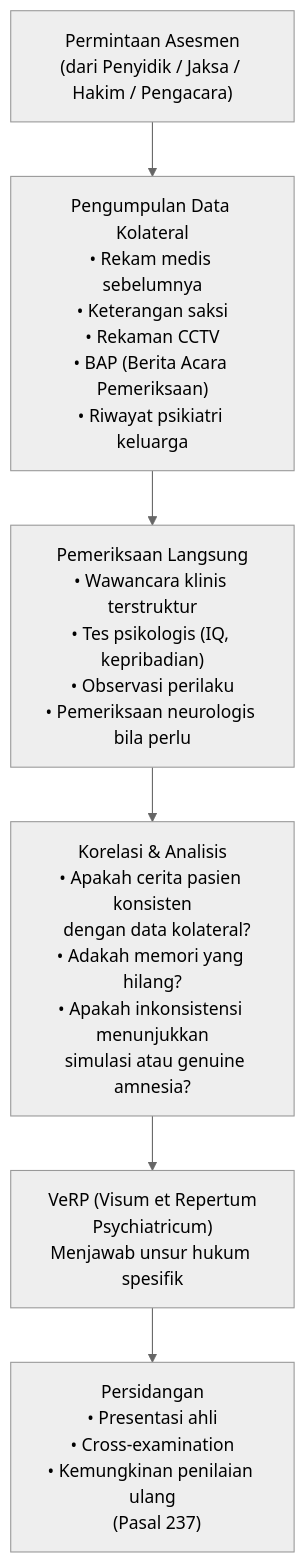
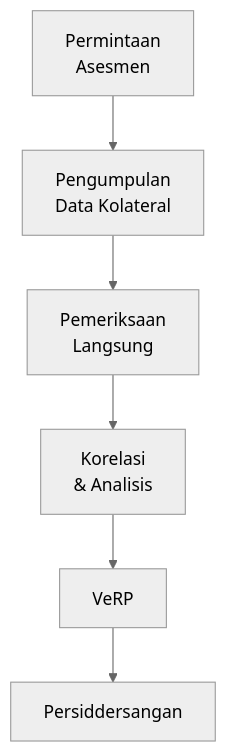
The fourth of 5 diagrams in content/Lectures/psikiatri-forensik.md (hifdzimaulana/beate-vivere), drawn with Mermaid (neutral theme) before and after one commit. The commit also changed other lines of this file and 1 other file, not shown here.

Commit message:
Fix dark mode callouts and mermaid diagrams

````diff
--- a/content/Lectures/psikiatri-forensik.md
+++ b/content/Lectures/psikiatri-forensik.md
@@ -236,9 +224,9 @@
 ```mermaid
 flowchart TD
-    REQ["Permintaan Asesmen\n(dari Penyidik / Jaksa / Hakim / Pengacara)"]
-    REQ --> COLLECT["Pengumpulan Data Kolateral\n• Rekam medis sebelumnya\n• Keterangan saksi\n• Rekaman CCTV\n• BAP (Berita Acara Pemeriksaan)\n• Riwayat psikiatri keluarga"]
-    COLLECT --> EXAM["Pemeriksaan Langsung\n• Wawancara klinis terstruktur\n• Tes psikologis (IQ, kepribadian)\n• Observasi perilaku\n• Pemeriksaan neurologis bila perlu"]
-    EXAM --> CORR["Korelasi & Analisis\n• Apakah cerita pasien konsisten\n  dengan data kolateral?\n• Adakah memori yang hilang?\n• Apakah inkonsistensi menunjukkan\n  simulasi atau genuine amnesia?"]
-    CORR --> REP["VeRP (Visum et Repertum\nPsychiatricum)\nMenjawab unsur hukum spesifik"]
-    REP --> COURT["Persidangan\n• Presentasi ahli\n• Cross-examination\n• Kemungkinan penilaian ulang\n  (Pasal 237)"]
+    REQ["Permintaan<br/>Asesmen"]
+    REQ --> COLLECT["Pengumpulan<br/>Data Kolateral"]
+    COLLECT --> EXAM["Pemeriksaan<br/>Langsung"]
+    EXAM --> CORR["Korelasi<br/>& Analisis"]
+    CORR --> REP["VeRP"]
+    REP --> COURT["Persiddersangan"]
 ```
````
